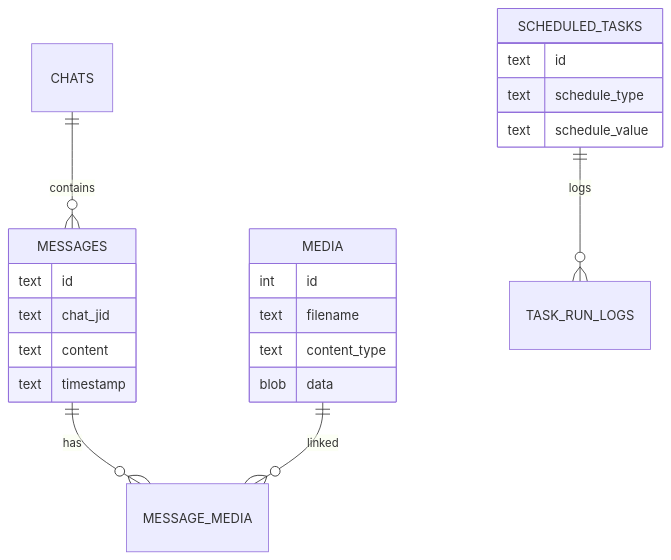
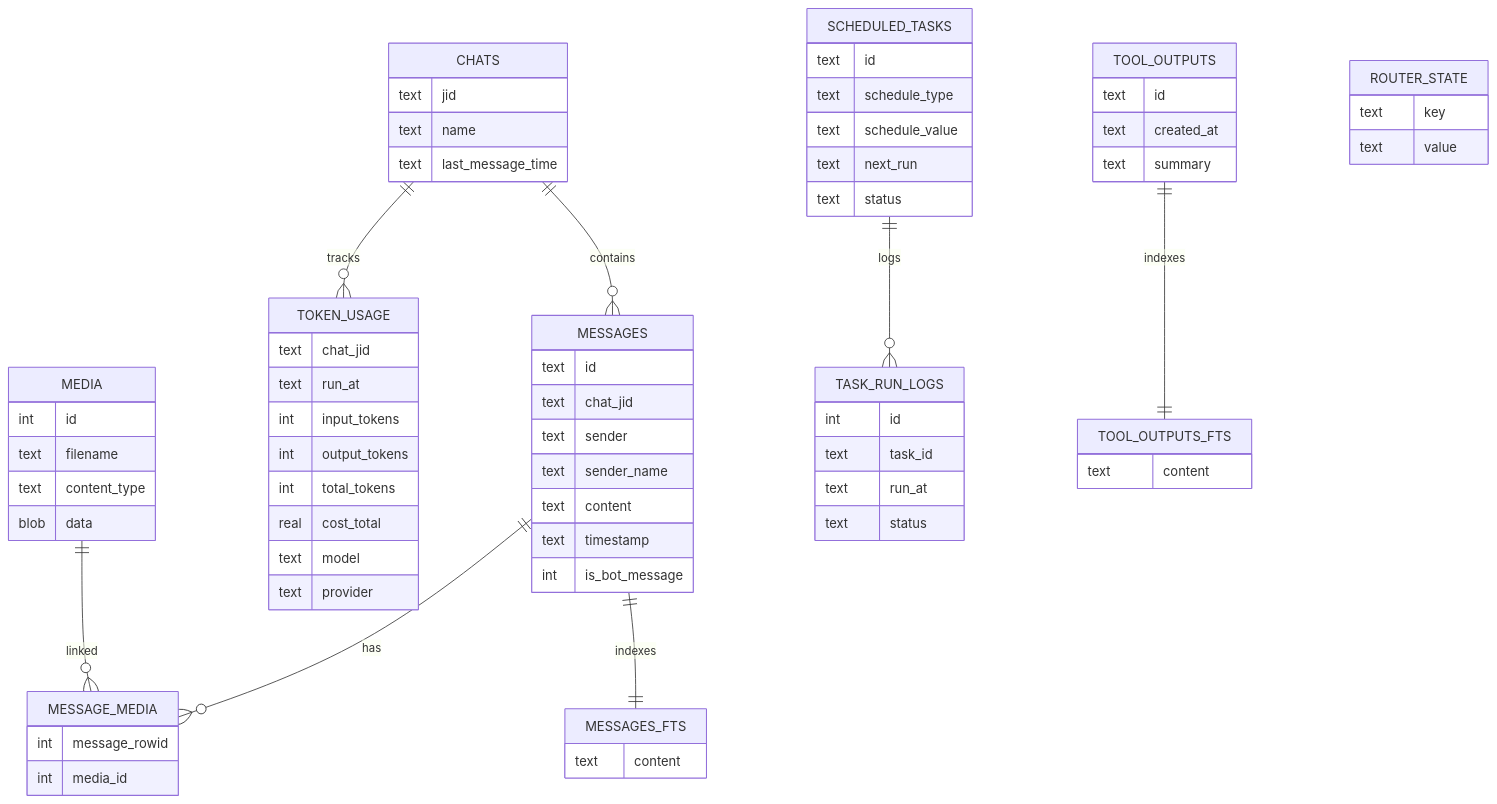
Before and after one commit to aliceisjustplaying/piclaw: the diagram in docs/storage.md, drawn with Mermaid. The commit also changed other lines of this file and 1 other file, not shown here.

Commit message:
Add chat/timestamp indexes and document schema

````diff
--- a/docs/storage.md
+++ b/docs/storage.md
@@ -27,25 +27,73 @@
 ```mermaid
 erDiagram
   CHATS ||--o{ MESSAGES : contains
+  CHATS ||--o{ TOKEN_USAGE : tracks
   MESSAGES ||--o{ MESSAGE_MEDIA : has
   MEDIA ||--o{ MESSAGE_MEDIA : linked
   SCHEDULED_TASKS ||--o{ TASK_RUN_LOGS : logs
+  MESSAGES ||--|| MESSAGES_FTS : indexes
+  TOOL_OUTPUTS ||--|| TOOL_OUTPUTS_FTS : indexes
 
+  CHATS {
+    text jid
+    text name
+    text last_message_time
+  }
   MESSAGES {
     text id
     text chat_jid
+    text sender
+    text sender_name
     text content
     text timestamp
+    int is_bot_message
+  }
+  MESSAGES_FTS {
+    text content
+  }
+  MESSAGE_MEDIA {
+    int message_rowid
+    int media_id
   }
   MEDIA {
     int id
     text filename
     text content_type
     blob data
   }
   SCHEDULED_TASKS {
     text id
     text schedule_type
     text schedule_value
+    text next_run
+    text status
+  }
+  TASK_RUN_LOGS {
+    int id
+    text task_id
+    text run_at
+    text status
+  }
+  TOKEN_USAGE {
+    text chat_jid
+    text run_at
+    int input_tokens
+    int output_tokens
+    int total_tokens
+    real cost_total
+    text model
+    text provider
+  }
+  TOOL_OUTPUTS {
+    text id
+    text created_at
+    text summary
+  }
+  TOOL_OUTPUTS_FTS {
+    text content
+  }
+  ROUTER_STATE {
+    text key
+    text value
   }
 ```
````
